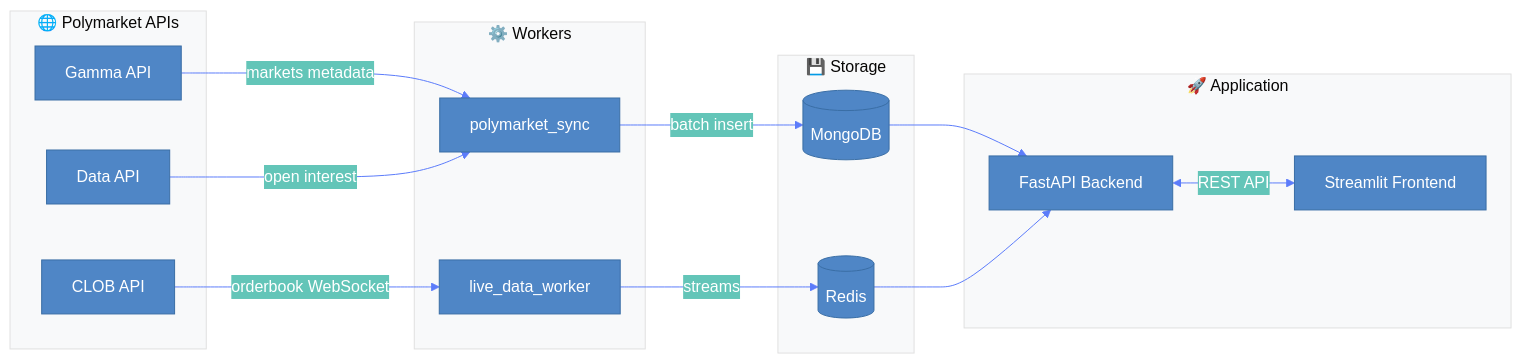
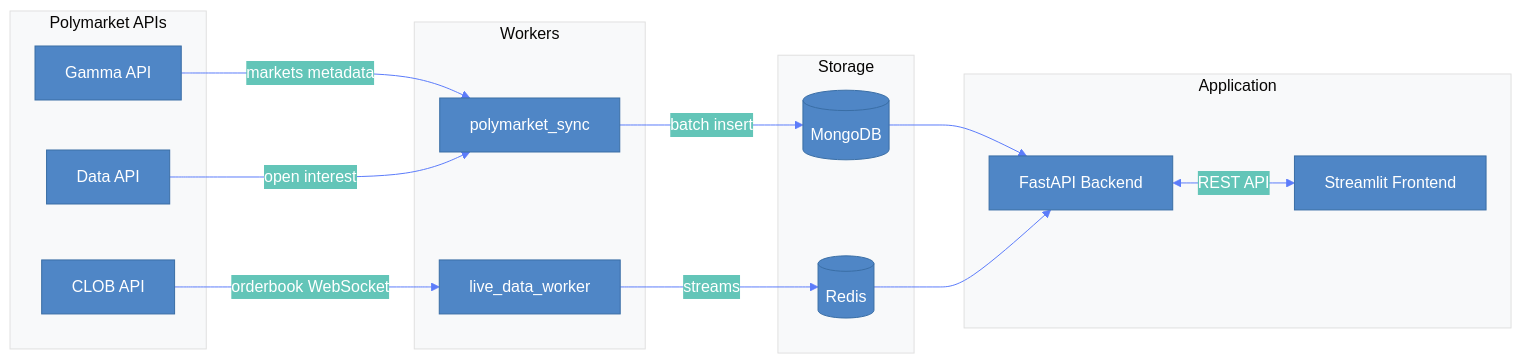
Before and after one commit to leopaulmarotte/PaperTradingPM: the first of 3 diagrams in README.md, drawn with Mermaid. The commit also changed other lines of this file, not shown here.

Commit message:
slight cosmetic adjustments

````diff
--- a/README.md
+++ b/README.md
@@ -15,35 +15,35 @@
 ```mermaid
 %%{init: {'theme': 'base', 'themeVariables': { 'primaryColor': '#4f86c6', 'primaryTextColor': '#fff', 'primaryBorderColor': '#3a6ea5', 'lineColor': '#5c7cfa', 'secondaryColor': '#63c5b8', 'tertiaryColor': '#f8f9fa', 'background': '#ffffff'}}}%%
 flowchart LR
-    subgraph Polymarket[" 🌐 Polymarket APIs"]
+    subgraph Polymarket["Polymarket APIs"]
         GAMMA[Gamma API]
         CLOB[CLOB API]
         DATA[Data API]
     end
     
-    subgraph Workers[" ⚙️ Workers"]
+    subgraph Workers["Workers"]
         SYNC[polymarket_sync]
         LIVE[live_data_worker]
     end
     
-    subgraph Storage[" 💾 Storage"]
+    subgraph Storage["Storage"]
         MONGO[(MongoDB)]
         REDIS[(Redis)]
     end
     
-    subgraph Application[" 🚀 Application"]
+    subgraph Application["Application"]
         BACKEND[FastAPI Backend]
         FRONTEND[Streamlit Frontend]
     end
     
     GAMMA -->|markets metadata| SYNC
     CLOB -->|orderbook WebSocket| LIVE
     DATA -->|open interest| SYNC
     
     SYNC -->|batch insert| MONGO
     LIVE -->|streams| REDIS
     
     MONGO --> BACKEND
     REDIS --> BACKEND
     BACKEND <-->|REST API| FRONTEND
 ```
````
